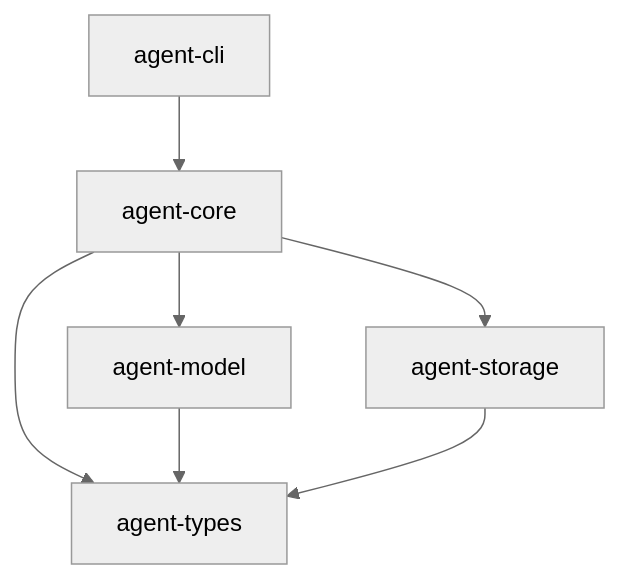
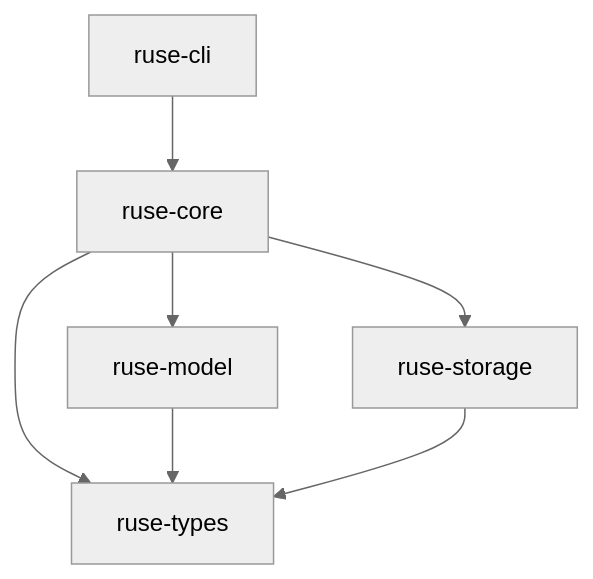
One commit to poneding/agent changed the diagram in docs/specs/M01-01-workspace-scaffold.spec.md. Above: the diagram before and after it, drawn with Mermaid (neutral theme). The commit also changed other lines of this file and 2091 other files, not shown here.

First line of the commit message:
refactor: rename agent branding to ruse

````diff
--- a/docs/specs/M01-01-workspace-scaffold.spec.md
+++ b/docs/specs/M01-01-workspace-scaffold.spec.md
@@ -39,9 +39,9 @@
 ```mermaid
 flowchart TD
-  CLI[agent-cli] --> Core[agent-core]
-  Core --> Types[agent-types]
-  Core --> Model[agent-model]
-  Core --> Storage[agent-storage]
+  CLI[ruse-cli] --> Core[ruse-core]
+  Core --> Types[ruse-types]
+  Core --> Model[ruse-model]
+  Core --> Storage[ruse-storage]
   Model --> Types
   Storage --> Types
 ```
````
